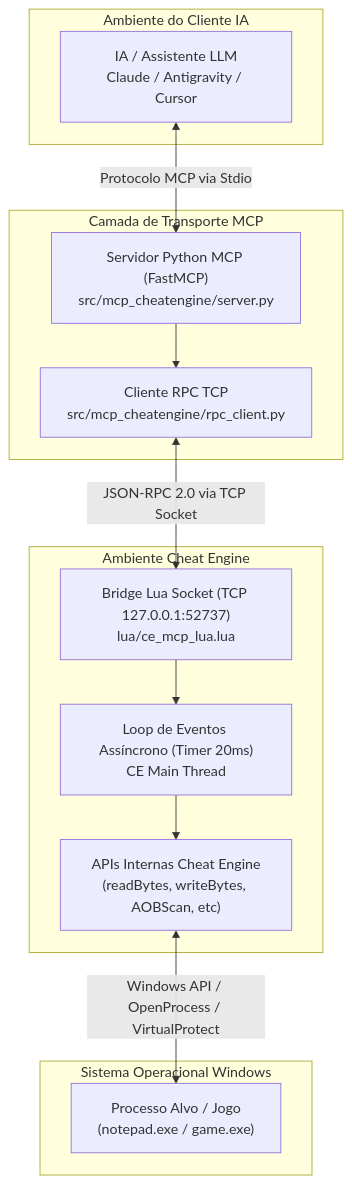
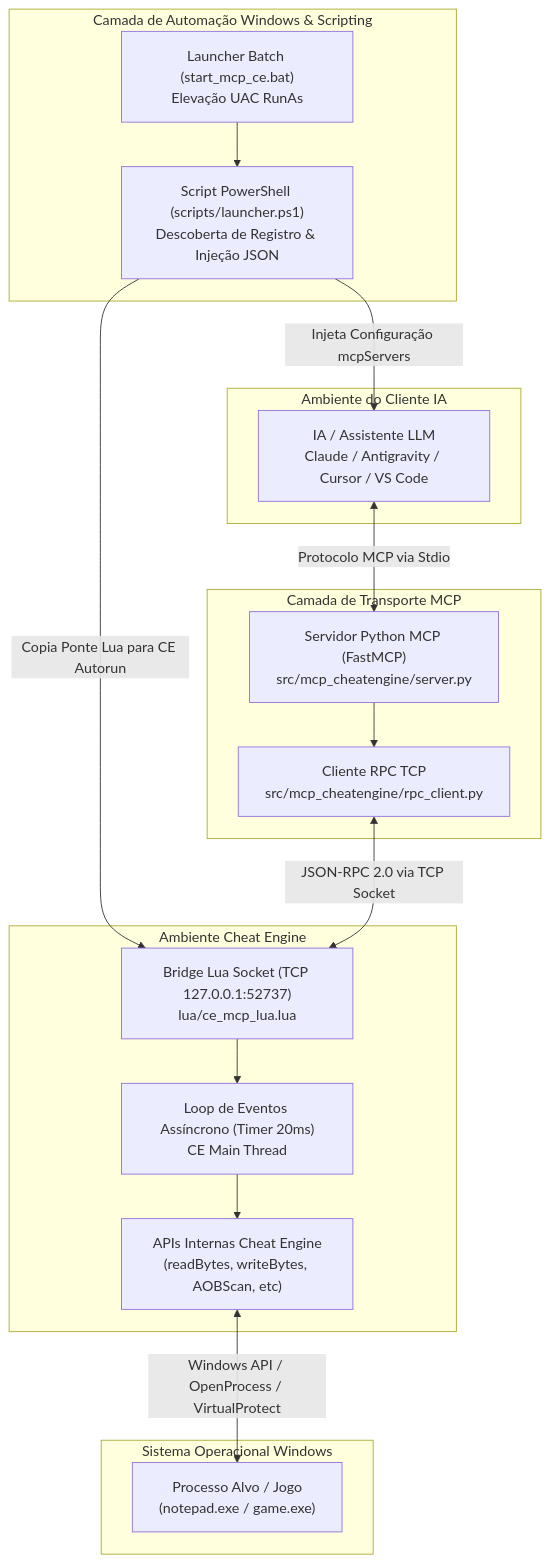
One commit to dandgabr/mcp-cheatengine changed the diagram in docs/ARCHITECTURE.md. Above: the diagram before and after it, drawn with Mermaid. The commit also changed other lines of this file and 2 other files, not shown here.

Commit message:
docs: atualiza documentacao e gitignore para incluir scripts PowerShell e Batch

````diff
--- a/docs/ARCHITECTURE.md
+++ b/docs/ARCHITECTURE.md
@@ -11,28 +11,36 @@
 ```mermaid
 flowchart TD
+    subgraph Launcher_Layer [Camada de Automação Windows & Scripting]
+        BAT["Launcher Batch (start_mcp_ce.bat)\nElevação UAC RunAs"]
+        PS1["Script PowerShell (scripts/launcher.ps1)\nDescoberta de Registro & Injeção JSON"]
+    end
+
     subgraph Cliente_AI [Ambiente do Cliente IA]
-        LLM[IA / Assistente LLM\nClaude / Antigravity / Cursor]
+        LLM[IA / Assistente LLM\nClaude / Antigravity / Cursor / VS Code]
     end
 
     subgraph MCP_Layer [Camada de Transporte MCP]
         PyMCP["Servidor Python MCP (FastMCP)\nsrc/mcp_cheatengine/server.py"]
         RPCClient["Cliente RPC TCP\nsrc/mcp_cheatengine/rpc_client.py"]
     end
 
     subgraph CE_Layer [Ambiente Cheat Engine]
         LuaServer["Bridge Lua Socket (TCP 127.0.0.1:52737)\nlua/ce_mcp_lua.lua"]
         TimerLoop["Loop de Eventos Assíncrono (Timer 20ms)\nCE Main Thread"]
         CE_API["APIs Internas Cheat Engine\n(readBytes, writeBytes, AOBScan, etc)"]
     end
 
     subgraph OS_Layer [Sistema Operacional Windows]
         TargetProc["Processo Alvo / Jogo\n(notepad.exe / game.exe)"]
     end
 
+    BAT --> PS1
+    PS1 -->|Copia Ponte Lua para CE Autorun| LuaServer
+    PS1 -->|Injeta Configuração mcpServers| LLM
     LLM <-->|Protocolo MCP via Stdio| PyMCP
     PyMCP --> RPCClient
     RPCClient <-->|JSON-RPC 2.0 via TCP Socket| LuaServer
     LuaServer --> TimerLoop
     TimerLoop --> CE_API
     CE_API <-->|Windows API / OpenProcess / VirtualProtect| TargetProc
 ```
````
